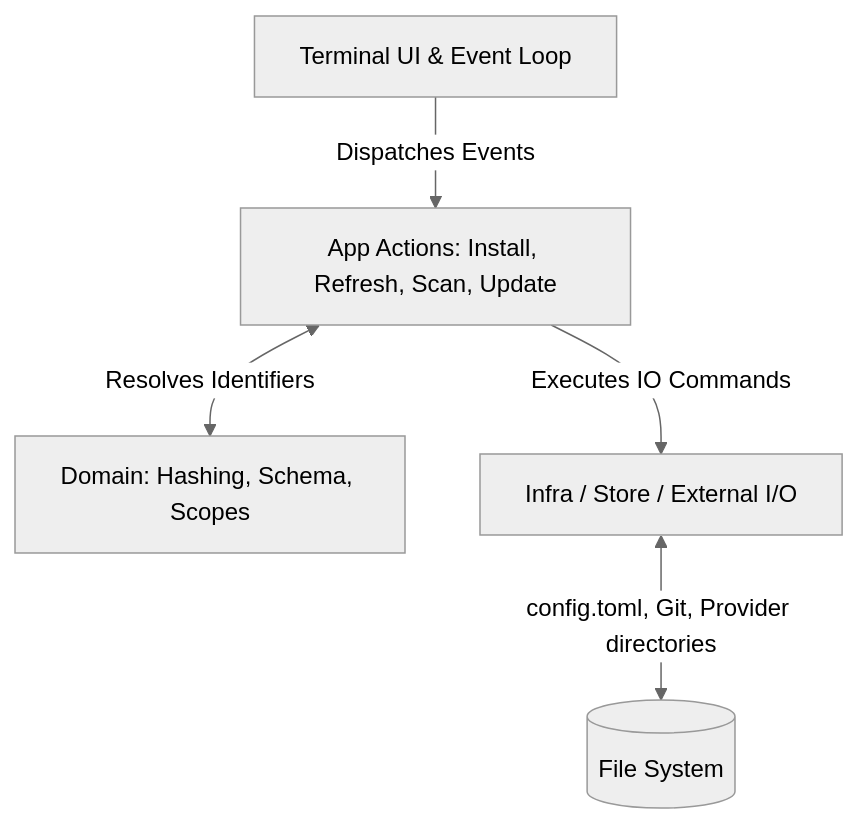
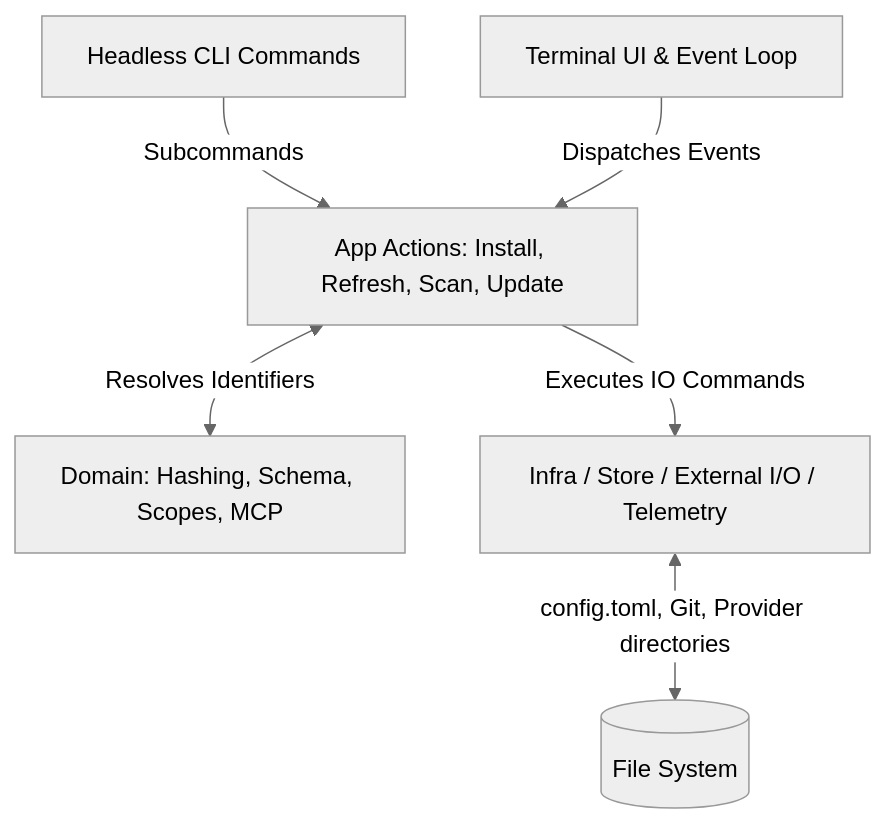
One commit to dkthezero/asky changed the diagram in docs/product/architecture.md. Above: the diagram before and after it, drawn with Mermaid (neutral theme). The commit also changed other lines of this file and 17 other files, not shown here.

````diff
--- a/docs/product/architecture.md
+++ b/docs/product/architecture.md
@@ -29,12 +33,14 @@
 ```mermaid
 flowchart TB
+    CLI[Headless CLI Commands]
     TUI[Terminal UI & Event Loop]
     APP[App Actions: Install, Refresh, Scan, Update]
-    DOMAIN[Domain: Hashing, Schema, Scopes]
-    INFRA[Infra / Store / External I/O]
+    DOMAIN[Domain: Hashing, Schema, Scopes, MCP]
+    INFRA[Infra / Store / External I/O / Telemetry]
 
+    CLI -->|Subcommands| APP
     TUI -->|Dispatches Events| APP
     APP <-->|Resolves Identifiers| DOMAIN
     APP -->|Executes IO Commands| INFRA
     INFRA <-->|config.toml, Git, Provider directories| FS[(File System)]
 ```
````
